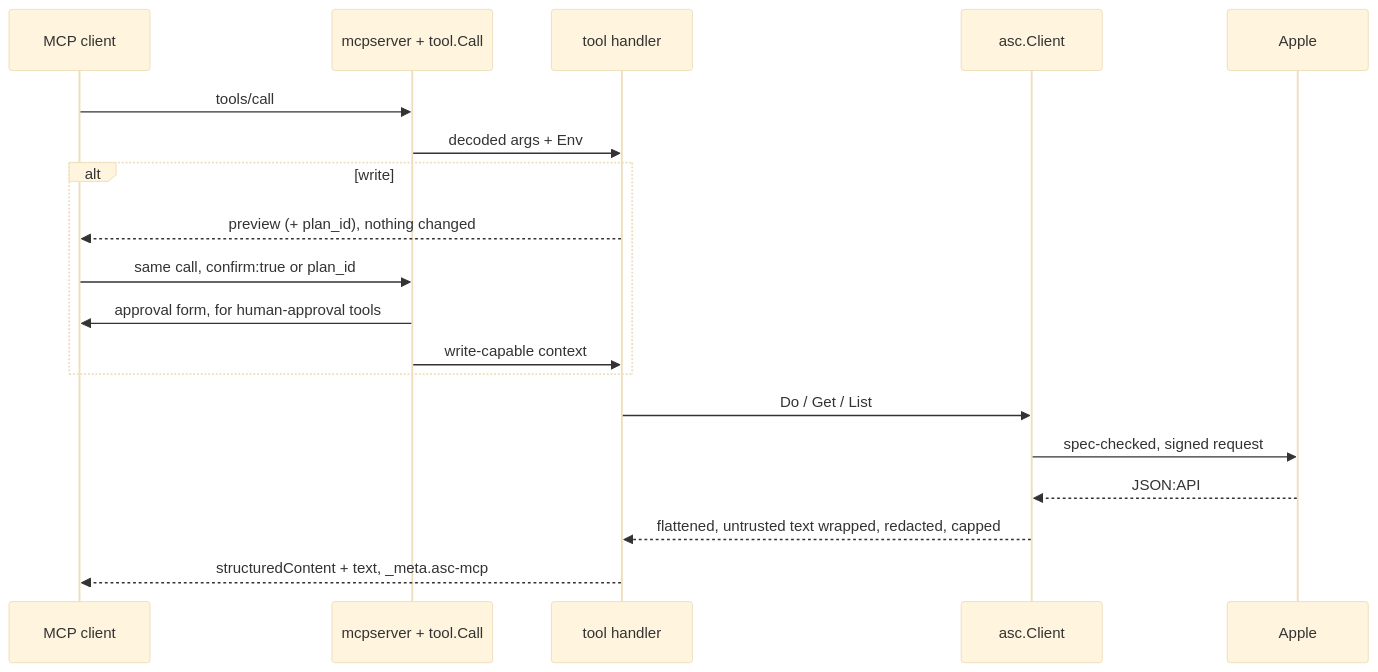
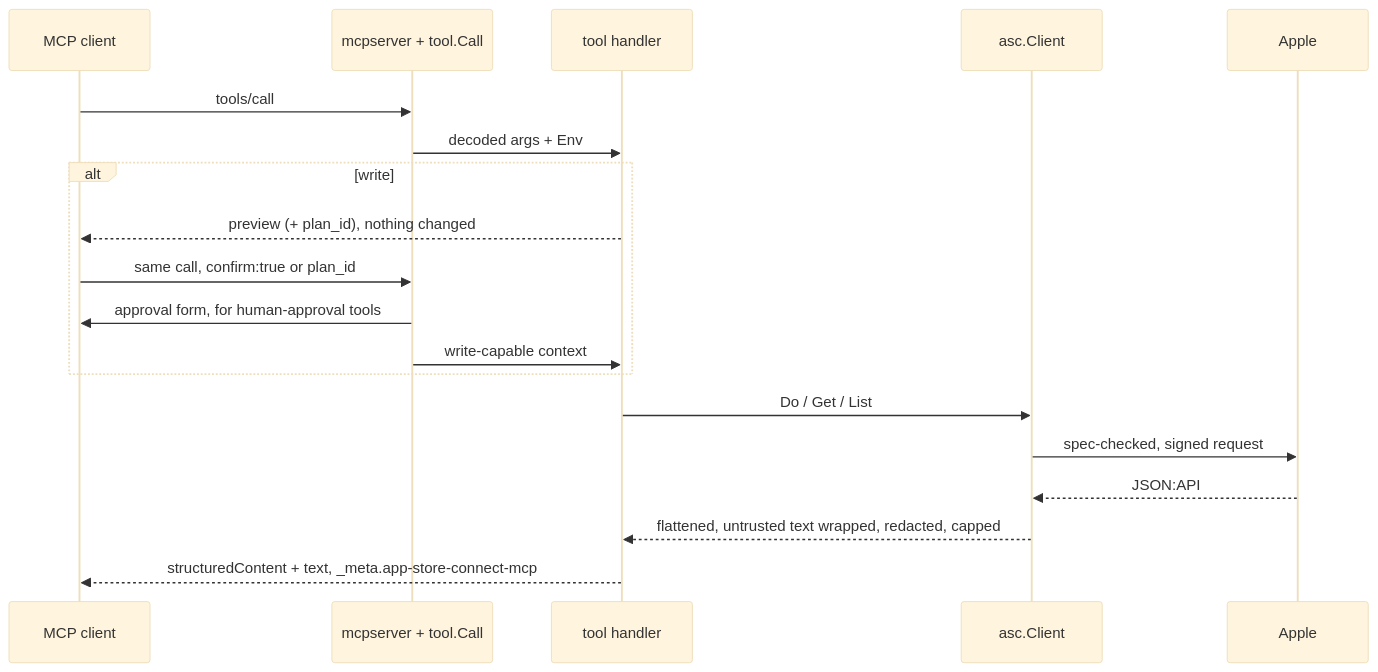
Before and after one commit to idoo/app-store-connect-mcp: the diagram in docs/ARCHITECTURE.md, drawn with Mermaid (base theme). The commit also changed other lines of this file and 138 other files, not shown here.

Commit message:
chore!: rename binary asc-mcp to app-store-connect-mcp (name clashes with other ASC servers)

````diff
--- a/docs/ARCHITECTURE.md
+++ b/docs/ARCHITECTURE.md
@@ -25,22 +25,22 @@
 ```mermaid
 sequenceDiagram
     participant C as MCP client
     participant T as mcpserver + tool.Call
     participant H as tool handler
     participant A as asc.Client
     participant Apple
 
     C->>T: tools/call
     T->>H: decoded args + Env
     alt write
         H-->>C: preview (+ plan_id), nothing changed
         C->>T: same call, confirm:true or plan_id
         T->>C: approval form, for human-approval tools
         T->>H: write-capable context
     end
     H->>A: Do / Get / List
     A->>Apple: spec-checked, signed request
     Apple-->>A: JSON:API
     A-->>H: flattened, untrusted text wrapped, redacted, capped
-    H-->>C: structuredContent + text, _meta.asc-mcp
+    H-->>C: structuredContent + text, _meta.app-store-connect-mcp
 ```
````
